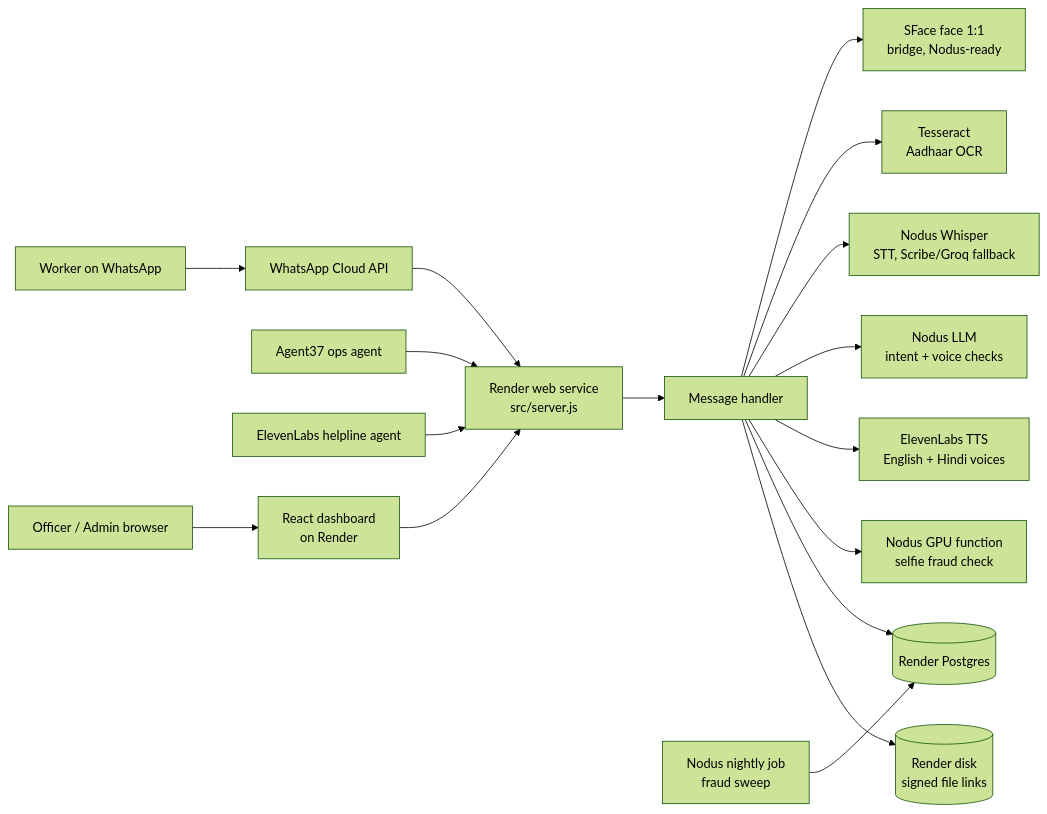
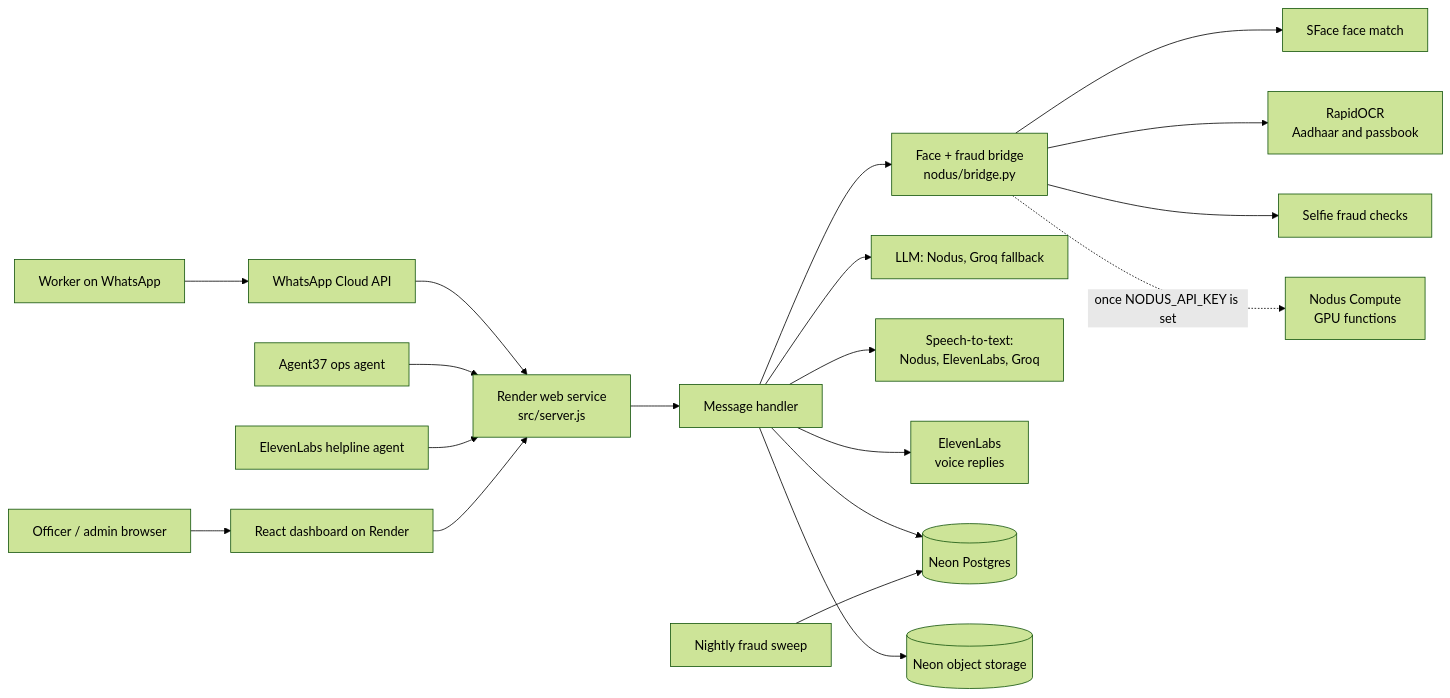
Before and after one commit to LowkeyShehz/Hackyard-Strawhats: the diagram in README.md, drawn with Mermaid (forest theme). The commit also changed other lines of this file, not shown here.

````diff
--- a/README.md
+++ b/README.md
@@ -41,21 +41,21 @@
 ```mermaid
 flowchart LR
     W[Worker on WhatsApp] --> M[WhatsApp Cloud API]
-    M --> G[Render web service<br/>src/server.js]
-    G --> H[Message handler]
-    H --> R[SFace face 1:1<br/>bridge, Nodus-ready]
-    H --> T[Tesseract<br/>Aadhaar OCR]
-    H --> S[Nodus Whisper<br/>STT, Scribe/Groq fallback]
-    H --> L[Nodus LLM<br/>intent + voice checks]
-    H --> P[ElevenLabs TTS<br/>English + Hindi voices]
-    H --> F[Nodus GPU function<br/>selfie fraud check]
-    J[Nodus nightly job<br/>fraud sweep] --> D
-    AG[Agent37 ops agent] --> G
-    EL[ElevenLabs helpline agent] --> G
-    H --> D[(Render Postgres)]
-    H --> B[(Render disk<br/>signed file links)]
-    O[Officer / Admin browser] --> A[React dashboard<br/>on Render]
-    A --> G
-
-
+    M --> API["Render web service<br/>src/server.js"]
+    API --> H[Message handler]
+    H --> BR["Face + fraud bridge<br/>nodus/bridge.py"]
+    BR --> F1["SFace face match"]
+    BR --> F2["RapidOCR<br/>Aadhaar and passbook"]
+    BR --> F3["Selfie fraud checks"]
+    BR -.->|"once NODUS_API_KEY is set"| N["Nodus Compute<br/>GPU functions"]
+    H --> L["LLM: Nodus, Groq fallback"]
+    H --> S["Speech-to-text:<br/>Nodus, ElevenLabs, Groq"]
+    H --> T["ElevenLabs<br/>voice replies"]
+    H --> D[("Neon Postgres")]
+    H --> B[("Neon object storage")]
+    J["Nightly fraud sweep"] --> D
+    AG[Agent37 ops agent] --> API
+    EL[ElevenLabs helpline agent] --> API
+    O[Officer / admin browser] --> A[React dashboard on Render]
+    A --> API
 ```
````
